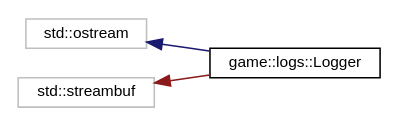
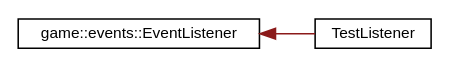
The diagram in inherit_graph_2.dot (Wisteca/FilRougeDoc), drawn with Graphviz before and after one commit. The commit also changed 96 other files, not shown here.

```diff
--- a/inherit_graph_2.dot
+++ b/inherit_graph_2.dot
@@ -1,12 +1,10 @@
 digraph "Graphical Class Hierarchy"
 {
  // LATEX_PDF_SIZE
   edge [fontname="Helvetica",fontsize="10",labelfontname="Helvetica",labelfontsize="10"];
   node [fontname="Helvetica",fontsize="10",shape=record];
   rankdir="LR";
-  Node4 [label="std::ostream",height=0.2,width=0.4,color="grey75", fillcolor="white", style="filled",tooltip=" "];
-  Node4 -> Node0 [dir="back",color="midnightblue",fontsize="10",style="solid",fontname="Helvetica"];
-  Node0 [label="game::logs::Logger",height=0.2,width=0.4,color="black", fillcolor="white", style="filled",URL="$classgame_1_1logs_1_1_logger.html",tooltip="Singleton Logger."];
-  Node8 [label="std::streambuf",height=0.2,width=0.4,color="grey75", fillcolor="white", style="filled",tooltip=" "];
-  Node8 -> Node0 [dir="back",color="firebrick4",fontsize="10",style="solid",fontname="Helvetica"];
+  Node0 [label="game::events::EventListener",height=0.2,width=0.4,color="black", fillcolor="white", style="filled",URL="$classgame_1_1events_1_1_event_listener.html",tooltip=" "];
+  Node0 -> Node1 [dir="back",color="firebrick4",fontsize="10",style="solid",fontname="Helvetica"];
+  Node1 [label="TestListener",height=0.2,width=0.4,color="black", fillcolor="white", style="filled",URL="$class_test_listener.html",tooltip=" "];
 }
```
